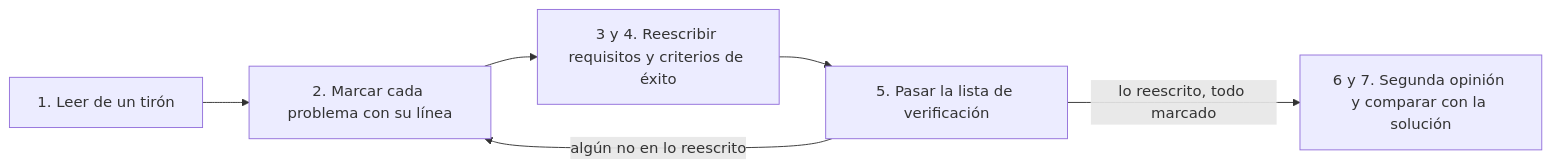
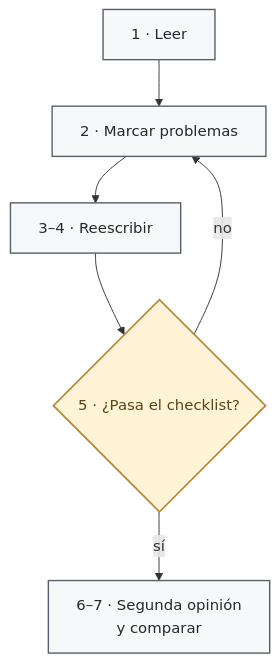
One commit to antroc/charla-sdd changed the diagram in ejercicios/05-arreglar-una-especificacion-mala.md. Above: the diagram before and after it, drawn with Mermaid. The commit also changed 3 other files, not shown here.

Commit message:
Simplificar diagramas de los ejercicios avanzados

````diff
--- a/ejercicios/05-arreglar-una-especificacion-mala.md
+++ b/ejercicios/05-arreglar-una-especificacion-mala.md
@@ -41,8 +41,13 @@
 ```mermaid
-flowchart LR
-    leer["1. Leer de un tirón"] --> marcar["2. Marcar cada problema con su línea"]
-    marcar --> reescribir["3 y 4. Reescribir requisitos y criterios de éxito"]
-    reescribir --> checklist["5. Pasar la lista de verificación"]
-    checklist -->|"algún no en lo reescrito"| marcar
-    checklist -->|"lo reescrito, todo marcado"| comparar["6 y 7. Segunda opinión y comparar con la solución"]
+flowchart TB
+  leer["1 · Leer"] --> marcar["2 · Marcar problemas"]
+  marcar --> reescribir["3–4 · Reescribir"]
+  reescribir --> checklist{"5 · ¿Pasa el checklist?"}
+  checklist -->|"no"| marcar
+  checklist -->|"sí"| comparar["6–7 · Segunda opinión<br/>y comparar"]
+
+  classDef step fill:#F6F8FA,stroke:#57606A,stroke-width:1.5px,color:#24292F;
+  classDef question fill:#FFF4D6,stroke:#B8872D,stroke-width:1.8px,color:#5A4315;
+  class leer,marcar,reescribir,comparar step;
+  class checklist question;
 ```
````
